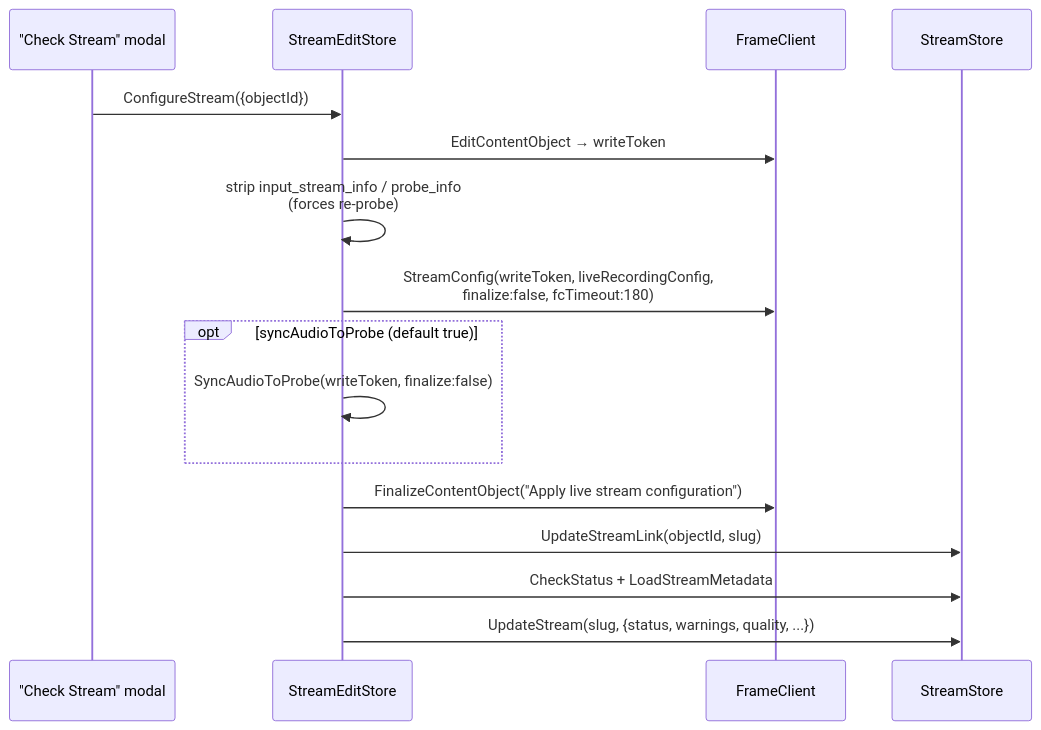
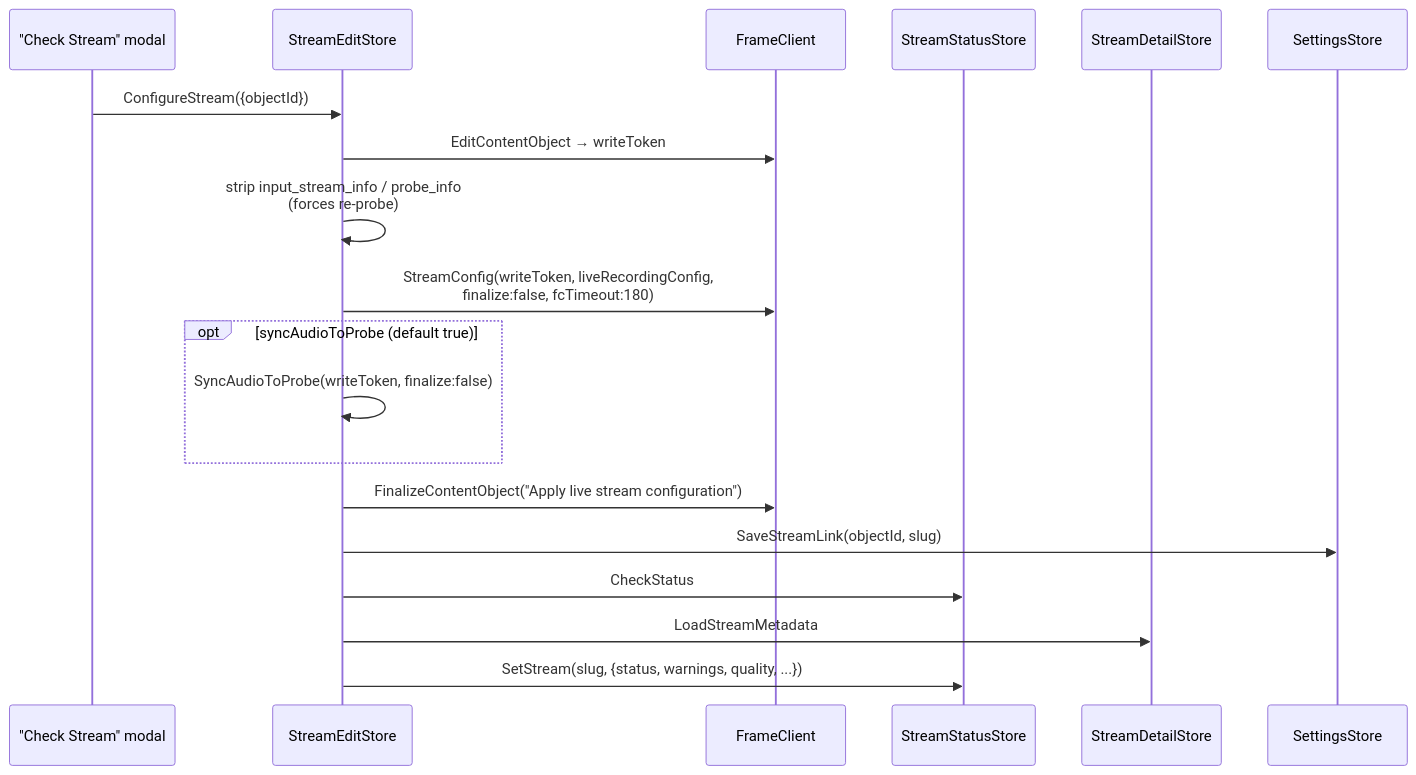
One commit to eluv-io/elv-live-stream changed the second of 4 diagrams in docs/diagrams/stream-lifecycle.md. Above: the diagram before and after it, drawn with Mermaid. The commit also changed other lines of this file and 118 other files, not shown here.

````diff
--- a/docs/diagrams/stream-lifecycle.md
+++ b/docs/diagrams/stream-lifecycle.md
@@ -30,19 +31,22 @@
 ```mermaid
 sequenceDiagram
     participant UI as "Check Stream" modal
     participant StreamEditStore
     participant FrameClient
-    participant StreamStore
+    participant StreamStatusStore
+    participant StreamDetailStore
+    participant SettingsStore
 
     UI->>StreamEditStore: ConfigureStream({objectId})
     StreamEditStore->>FrameClient: EditContentObject → writeToken
     StreamEditStore->>StreamEditStore: strip input_stream_info / probe_info<br/>(forces re-probe)
     StreamEditStore->>FrameClient: StreamConfig(writeToken, liveRecordingConfig,<br/>finalize:false, fcTimeout:180)
     opt syncAudioToProbe (default true)
         StreamEditStore->>StreamEditStore: SyncAudioToProbe(writeToken, finalize:false)
     end
     StreamEditStore->>FrameClient: FinalizeContentObject("Apply live stream configuration")
-    StreamEditStore->>StreamStore: UpdateStreamLink(objectId, slug)
-    StreamEditStore->>StreamStore: CheckStatus + LoadStreamMetadata
-    StreamEditStore->>StreamStore: UpdateStream(slug, {status, warnings, quality, ...})
+    StreamEditStore->>SettingsStore: SaveStreamLink(objectId, slug)
+    StreamEditStore->>StreamStatusStore: CheckStatus
+    StreamEditStore->>StreamDetailStore: LoadStreamMetadata
+    StreamEditStore->>StreamStatusStore: SetStream(slug, {status, warnings, quality, ...})
 ```
````
